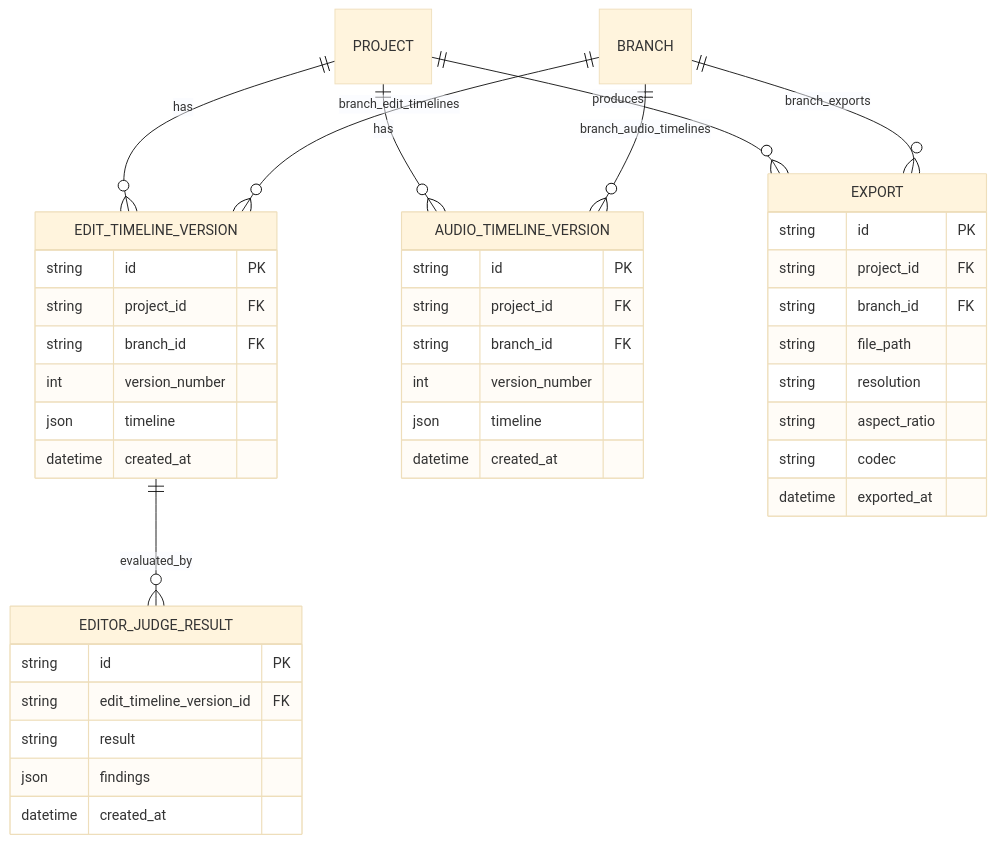
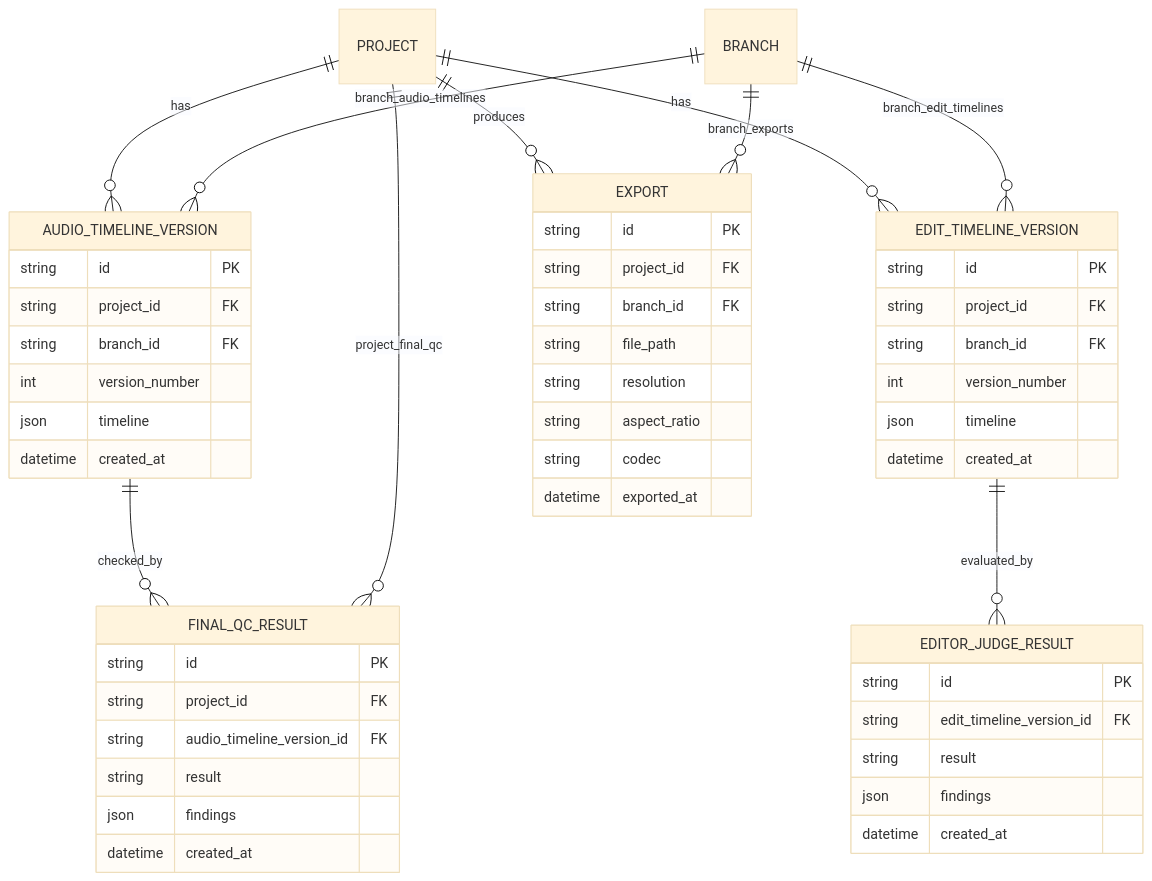
Before and after one commit to ousiassllc/mam: the fourth of 6 diagrams in spec/architecture/er.md, drawn with Mermaid (base theme). The commit also changed other lines of this file and 14 other files, not shown here.

First line of the commit message:
feat: 簡易 Editor・簡易 Audio・Final QC・Export を追加

````diff
--- a/spec/architecture/er.md
+++ b/spec/architecture/er.md
@@ -313,44 +315,54 @@
 ```mermaid
 erDiagram
     PROJECT ||--o{ EDIT_TIMELINE_VERSION : has
     EDIT_TIMELINE_VERSION ||--o{ EDITOR_JUDGE_RESULT : evaluated_by
+    AUDIO_TIMELINE_VERSION ||--o{ FINAL_QC_RESULT : checked_by
+    PROJECT ||--o{ FINAL_QC_RESULT : project_final_qc
     PROJECT ||--o{ AUDIO_TIMELINE_VERSION : has
     PROJECT ||--o{ EXPORT : produces
     BRANCH ||--o{ EDIT_TIMELINE_VERSION : branch_edit_timelines
     BRANCH ||--o{ AUDIO_TIMELINE_VERSION : branch_audio_timelines
     BRANCH ||--o{ EXPORT : branch_exports
 
     EDIT_TIMELINE_VERSION {
         string id PK
         string project_id FK
         string branch_id FK
         int version_number
         json timeline
         datetime created_at
     }
     EDITOR_JUDGE_RESULT {
         string id PK
         string edit_timeline_version_id FK
         string result
         json findings
         datetime created_at
     }
     AUDIO_TIMELINE_VERSION {
         string id PK
         string project_id FK
         string branch_id FK
         int version_number
         json timeline
         datetime created_at
     }
+    FINAL_QC_RESULT {
+        string id PK
+        string project_id FK
+        string audio_timeline_version_id FK
+        string result
+        json findings
+        datetime created_at
+    }
     EXPORT {
         string id PK
         string project_id FK
         string branch_id FK
         string file_path
         string resolution
         string aspect_ratio
         string codec
         datetime exported_at
     }
 ```
````
